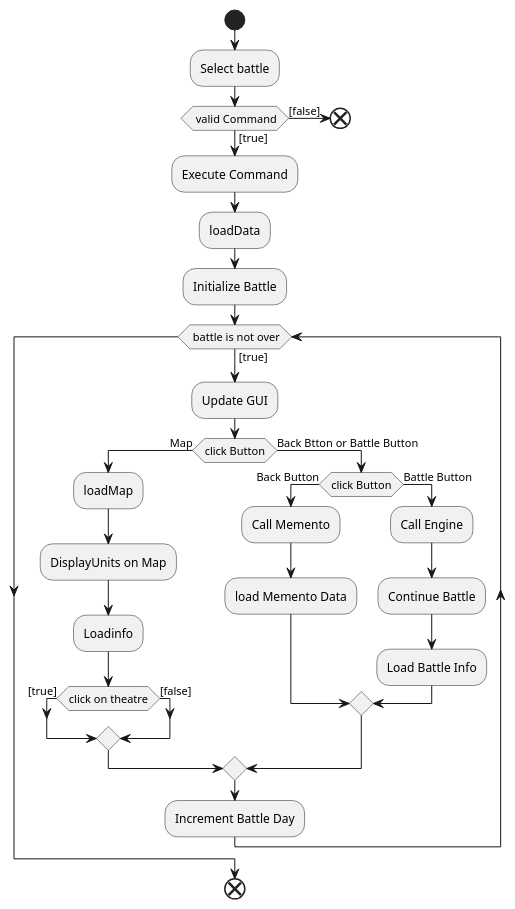
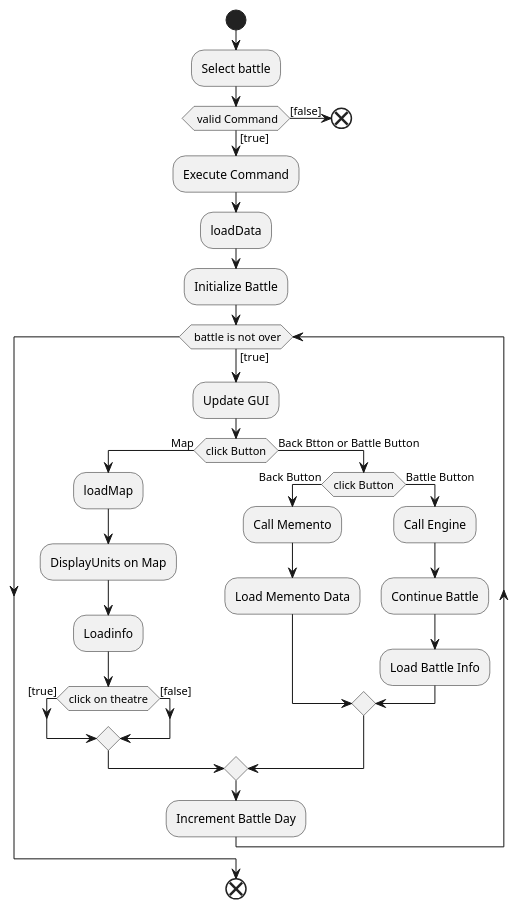
The diagram in Diagrams/GuiActivityDIagram.puml (ArmandKrynauw/COS214-Project), drawn with PlantUML before and after one commit. The commit also changed 7 other files, not shown here.

Commit message:
Add image version of diagrams

```diff
--- a/Diagrams/GuiActivityDIagram.puml
+++ b/Diagrams/GuiActivityDIagram.puml
@@ -1,38 +1,38 @@
 @startuml
 start
 :Select battle;
 if( valid Command) then ([true])
 :Execute Command;
 :loadData;
 :Initialize Battle;
 while( battle is not over) is ([true])
 :Update GUI;
 
 if(click Button) then (Map)
 :loadMap;
 :DisplayUnits on Map;
 :Loadinfo;
 if(click on theatre) then ([true])
 
 else ([false])
 endif
 
 else (Back Btton or Battle Button)
 if(click Button) then (Back Button)
 :Call Memento;
-:load Memento Data;
+:Load Memento Data;
 else (Battle Button)
 :Call Engine;
 :Continue Battle;
 :Load Battle Info;
 endif
 
 endif
 :Increment Battle Day;
 endwhile
 end
 else ([false])
 end
 endif
 
 @enduml
```
